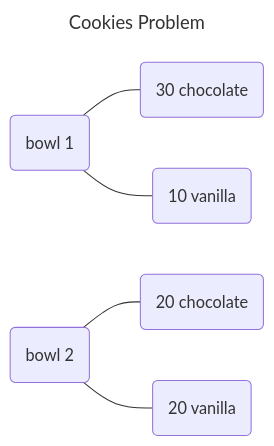
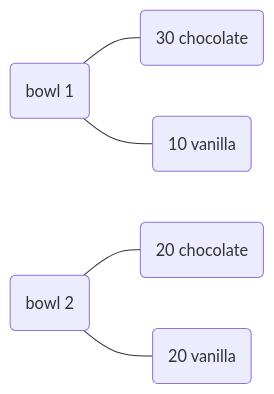
One commit to sithsenz/50senzofsith changed the diagram in notes/bayesenz/basic_bayes.md. Above: the diagram before and after it, drawn with Mermaid. The commit also changed other lines of this file, not shown here.

````diff
--- a/notes/bayesenz/basic_bayes.md
+++ b/notes/bayesenz/basic_bayes.md
@@ -24,12 +24,9 @@
 ```mermaid
----
-title: Cookies Problem
----
 flowchart LR
   bowl_1(bowl 1)
   bowl_2(bowl 2)
   bowl_1---choco_30(30 chocolate)
   bowl_1---van_10(10 vanilla)
   bowl_2---choco_20(20 chocolate)
   bowl_2---van_20(20 vanilla)
 ```
````
